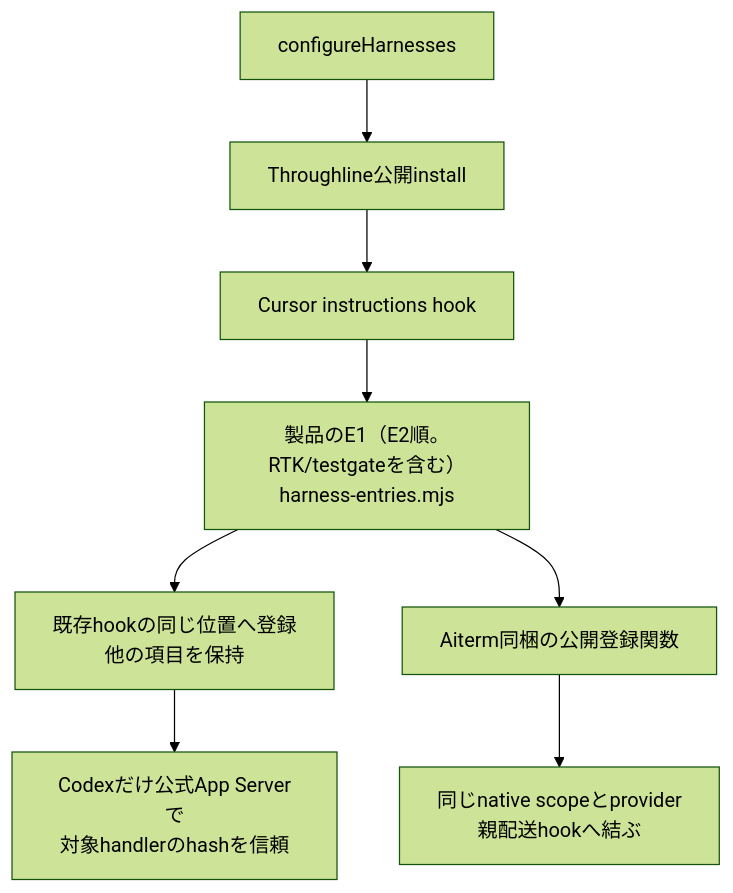
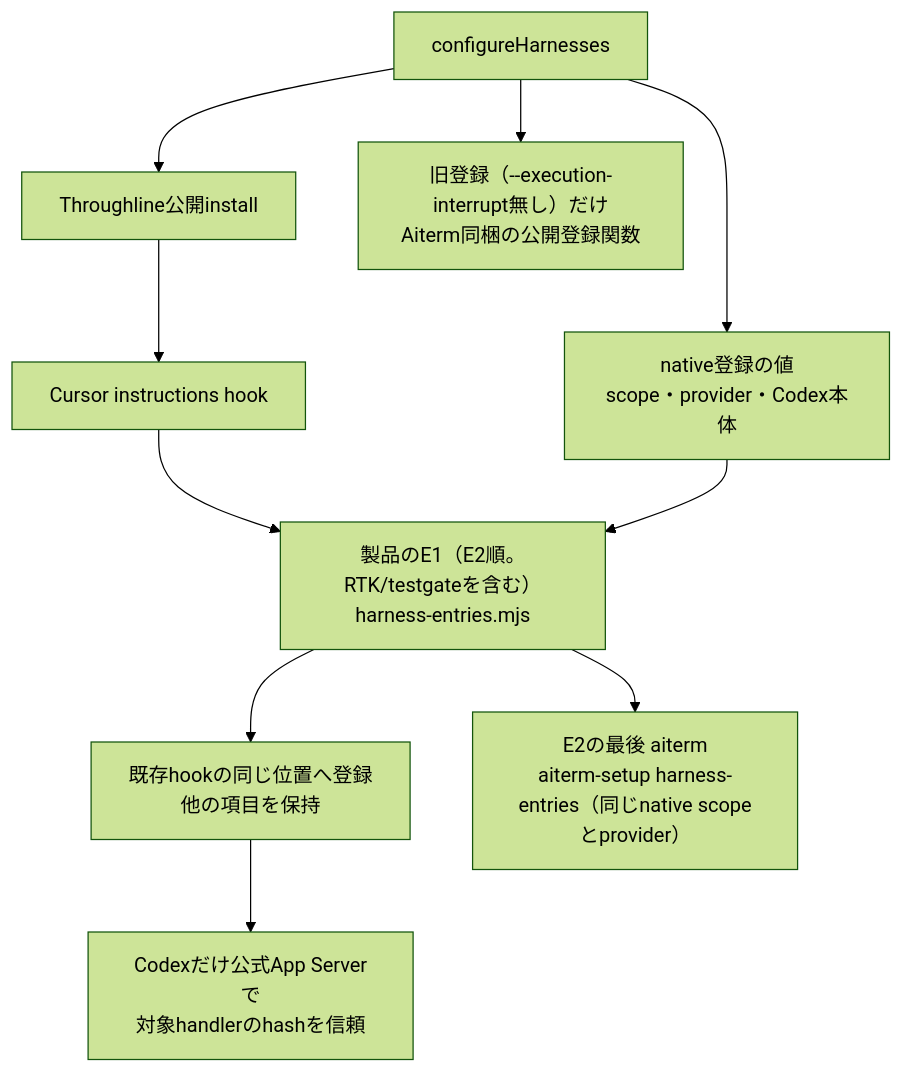
One commit to kitepon/BellTeam changed the third of 5 diagrams in docs/architecture/modules/runtime/cli-registration.md. Above: the diagram before and after it, drawn with Mermaid (forest theme). The commit also changed other lines of this file and 8 other files, not shown here.

````diff
--- a/docs/architecture/modules/runtime/cli-registration.md
+++ b/docs/architecture/modules/runtime/cli-registration.md
@@ -75,10 +75,12 @@
 ```mermaid
 flowchart TD
   Config["configureHarnesses"] --> Throughline["Throughline公開install"]
   Throughline --> Cursor["Cursor instructions hook"]
   Cursor --> Products["製品のE1（E2順。RTK/testgateを含む）<br/>harness-entries.mjs"]
   Products --> Merge["既存hookの同じ位置へ登録<br/>他の項目を保持"]
   Merge --> Trust["Codexだけ公式App Serverで<br/>対象handlerのhashを信頼"]
-  Products --> Aiterm["Aiterm同梱の公開登録関数"]
-  Aiterm --> Scope["同じnative scopeとprovider<br/>親配送hookへ結ぶ"]
+  Config --> Vars["native登録の値<br/>scope・provider・Codex本体"]
+  Vars --> Products
+  Products --> AitermE1["E2の最後 aiterm<br/>aiterm-setup harness-entries（同じnative scopeとprovider）"]
+  Config --> Legacy["旧登録（--execution-interrupt無し）だけ<br/>Aiterm同梱の公開登録関数"]
 ```
````
